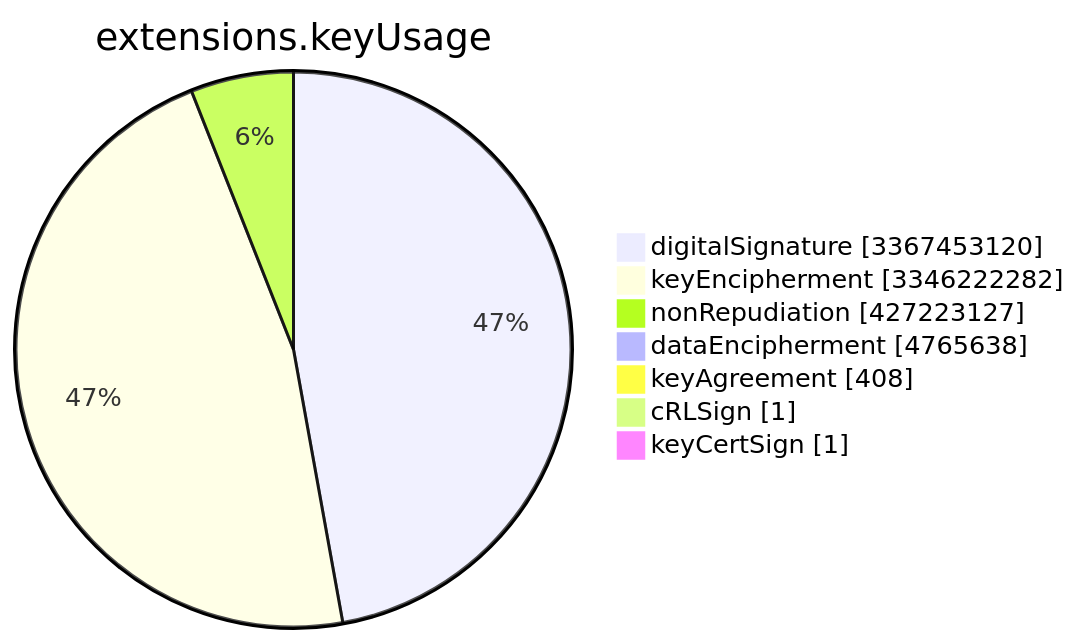
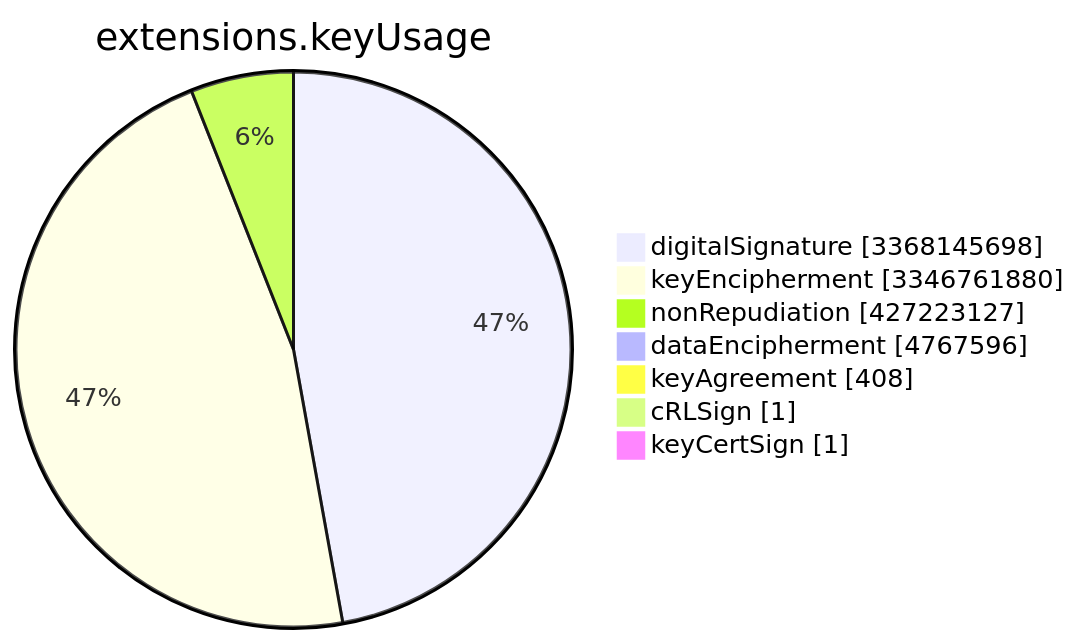
Before and after one commit to christiankrug/ctmonitor_visualization: the sixth of 15 diagrams in TOTAL/README.md, drawn with Mermaid. The commit also changed other lines of this file, not shown here.

````diff
--- a/TOTAL/README.md
+++ b/TOTAL/README.md
@@ -3079,11 +3079,11 @@
 ```mermaid
 pie showData
 title extensions.keyUsage
-"digitalSignature" :3367453120
-"keyEncipherment" :3346222282
+"digitalSignature" :3368145698
+"keyEncipherment" :3346761880
 "nonRepudiation" :427223127
-"dataEncipherment" :4765638
+"dataEncipherment" :4767596
 "keyAgreement" :408
 "cRLSign" :1
 "keyCertSign" :1
 ```
````
